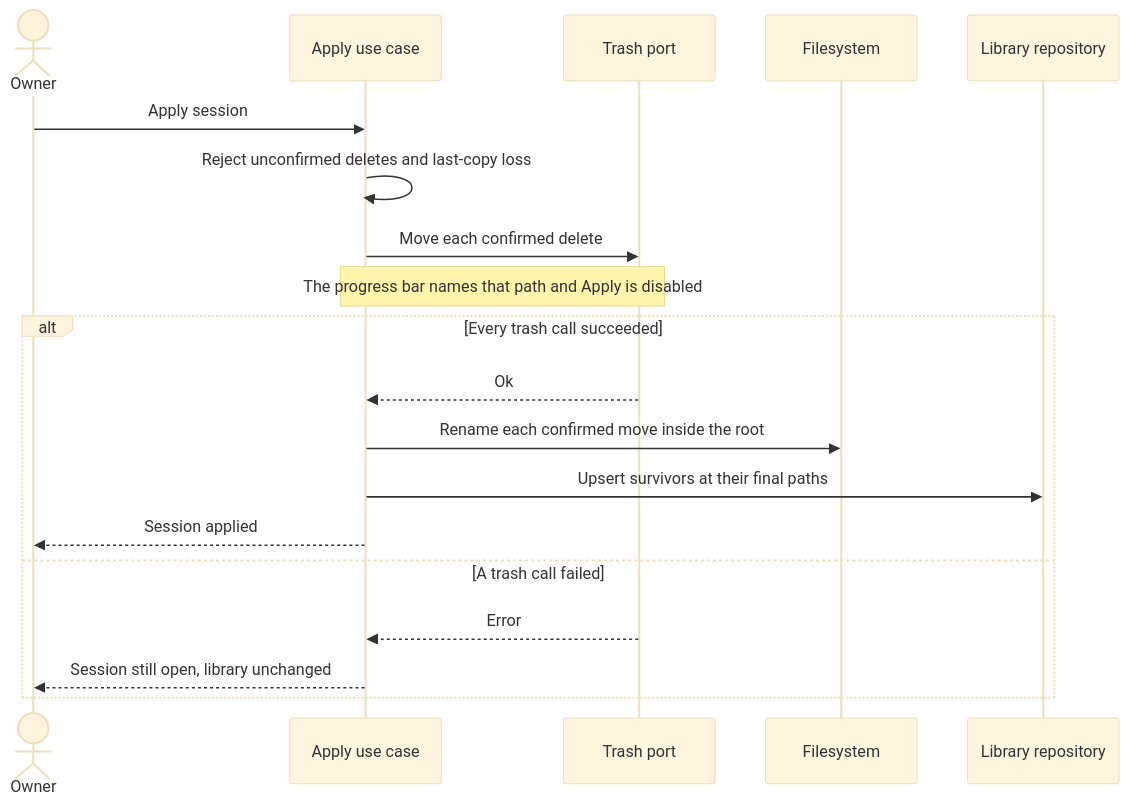
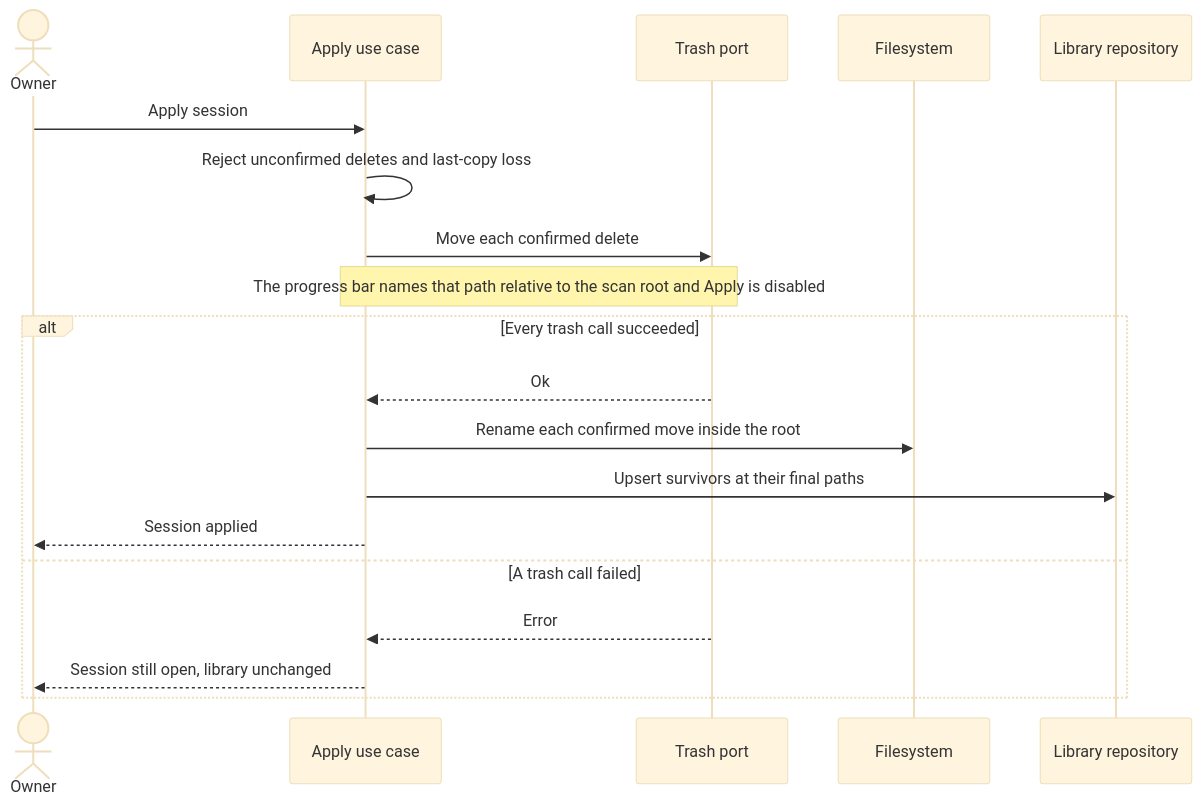
The fifth of 8 diagrams in docs/use-cases.md (cionz0/hdsort), drawn with Mermaid (base theme) before and after one commit. The commit also changed other lines of this file and 11 other files, not shown here.

Commit message:
Show progress paths relative to the folder and the choice as a radio.

````diff
--- a/docs/use-cases.md
+++ b/docs/use-cases.md
@@ -128,21 +128,21 @@
 ```mermaid
 sequenceDiagram
   actor Owner
   participant Apply as Apply use case
   participant Trash as Trash port
   participant Disk as Filesystem
   participant Library as Library repository
   Owner->>Apply: Apply session
   Apply->>Apply: Reject unconfirmed deletes and last-copy loss
   Apply->>Trash: Move each confirmed delete
-  Note over Apply,Trash: The progress bar names that path and Apply is disabled
+  Note over Apply,Trash: The progress bar names that path relative to the scan root and Apply is disabled
   alt Every trash call succeeded
     Trash-->>Apply: Ok
     Apply->>Disk: Rename each confirmed move inside the root
     Apply->>Library: Upsert survivors at their final paths
     Apply-->>Owner: Session applied
   else A trash call failed
     Trash-->>Apply: Error
     Apply-->>Owner: Session still open, library unchanged
   end
 ```
````
